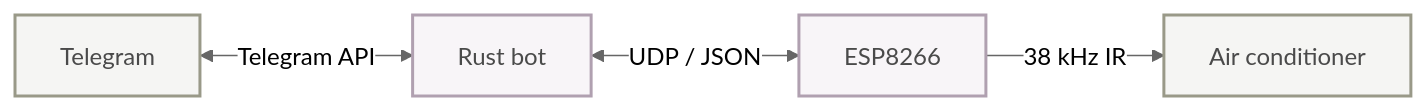
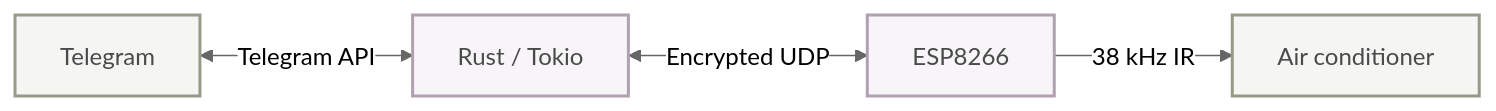
One commit to vadikoom/ir-remote changed the diagram in README.md. Above: the diagram before and after it, drawn with Mermaid (neutral theme). The commit also changed other lines of this file and 10 other files, not shown here.

````diff
--- a/README.md
+++ b/README.md
@@ -9,11 +28,8 @@
 ```mermaid
 flowchart LR
     classDef component fill:#f8f5f8,stroke:#b0a0b0,stroke-width:2px,color:#4a4a4a
-    classDef queue fill:#fff0f0,stroke:#d4a0a0,stroke-width:2px,color:#4a4a4a
     classDef external fill:#f5f5f3,stroke:#999988,stroke-width:2px,color:#4a4a4a
-    classDef store fill:#f0f5f0,stroke:#88a888,stroke-width:2px,color:#3a4a3a
-    classDef dim fill:#f5f5f3,stroke:#c0b8b0,color:#888880,stroke-width:1.5px,stroke-dasharray:5 5
-    TG[Telegram]:::external <-->|Telegram API| Bot[Rust bot]:::component
-    Bot <-->|UDP / JSON| ESP[ESP8266]:::component
+    TG[Telegram]:::external <-->|Telegram API| Bot[Rust / Tokio]:::component
+    Bot <-->|Encrypted UDP| ESP[ESP8266]:::component
     ESP -->|38 kHz IR| AC[Air conditioner]:::external
 ```
````
